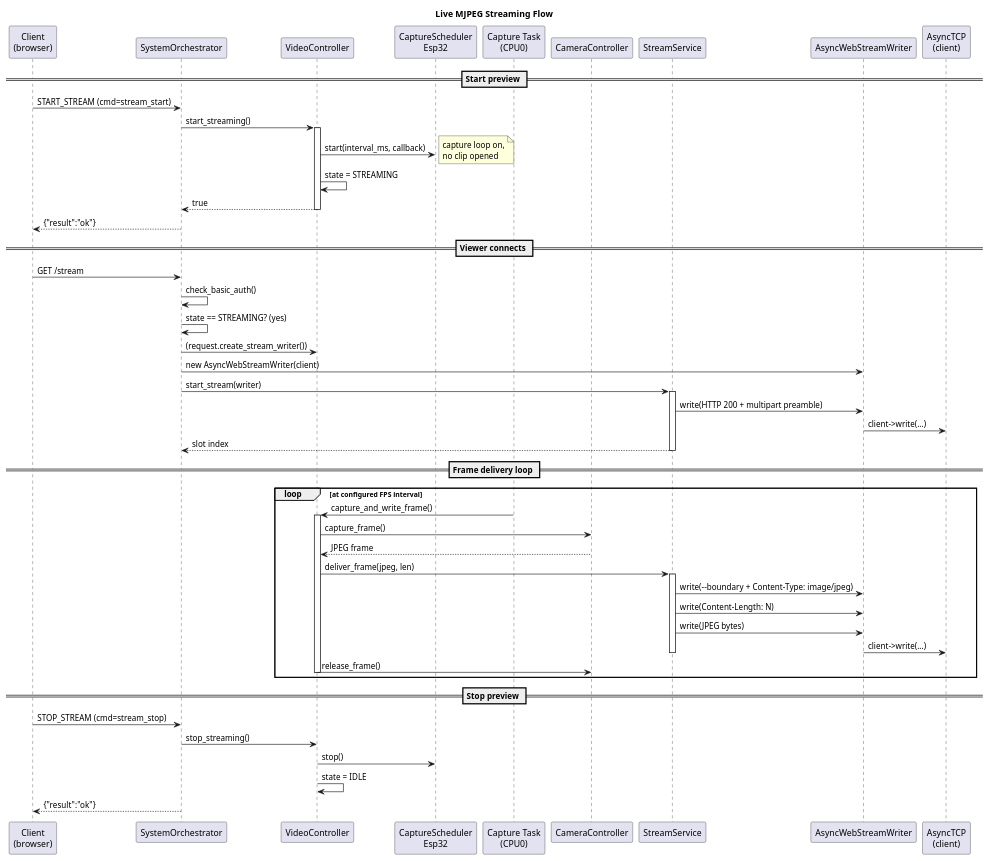
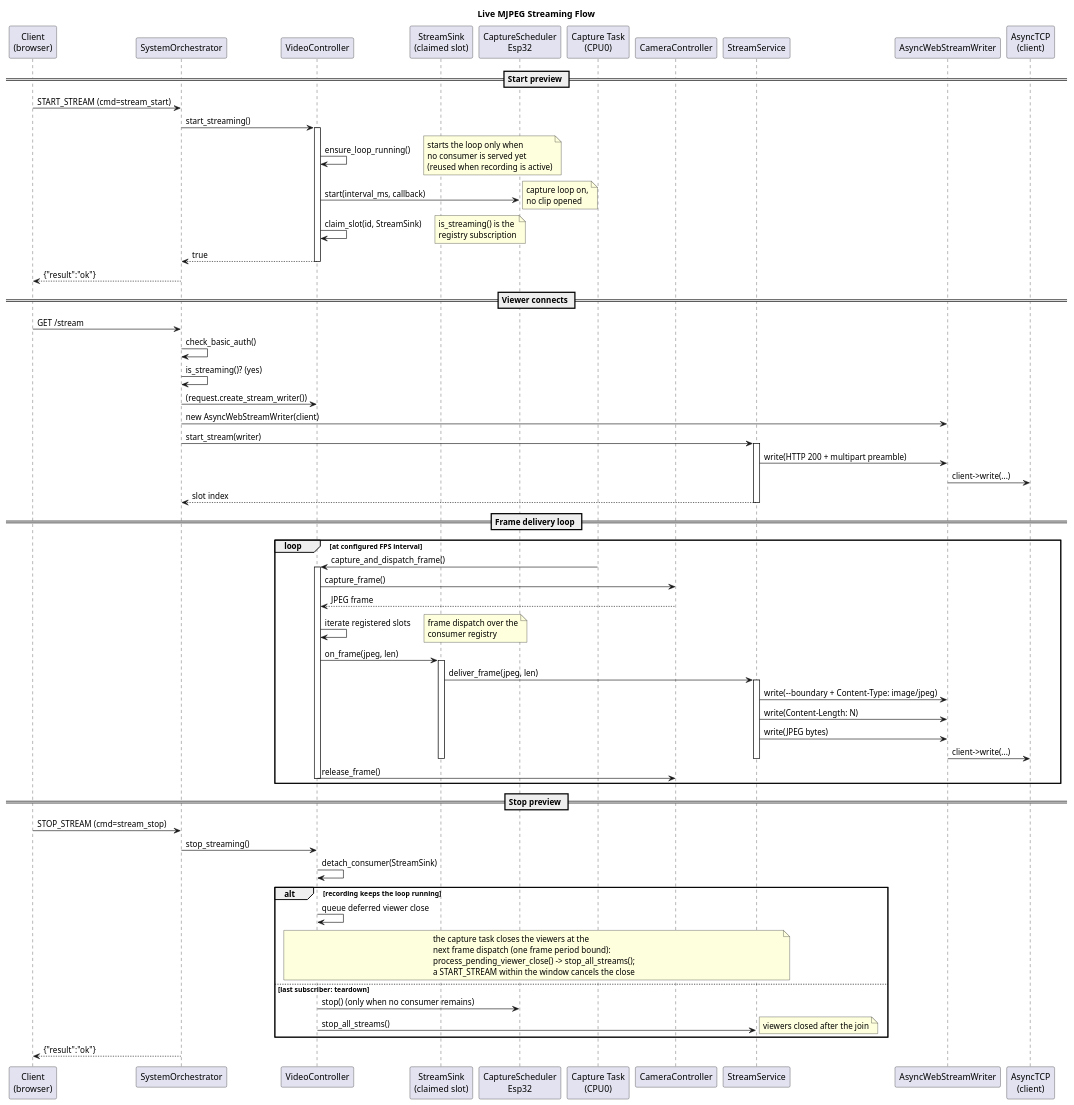
The seventh of 8 diagrams in docs/SYSTEM_DESIGN.md (timwalsh41/micro-security-cam), drawn with PlantUML before and after one commit. The commit also changed other lines of this file and 14 other files, not shown here.

First line of the commit message:
feat(video): independent RECORDING/STREAMING states in video controller (#2)

```diff
--- a/docs/SYSTEM_DESIGN.md
+++ b/docs/SYSTEM_DESIGN.md
@@ -1656,6 +1734,7 @@
 participant "Client\n(browser)" as CLIENT
 participant "SystemOrchestrator" as ORCH
 participant "VideoController" as VC
+participant "StreamSink\n(claimed slot)" as ST
 participant "CaptureScheduler\nEsp32" as CS
 participant "Capture Task\n(CPU0)" as TASK
 participant "CameraController" as CAM
@@ -1668,9 +1747,12 @@
 CLIENT -> ORCH : START_STREAM (cmd=stream_start)
 ORCH -> VC : start_streaming()
 activate VC
+VC -> VC : ensure_loop_running()
+note right: starts the loop only when\nno consumer is served yet\n(reused when recording is active)
 VC -> CS : start(interval_ms, callback)
 note right: capture loop on,\nno clip opened
-VC -> VC : state = STREAMING
+VC -> VC : claim_slot(id, StreamSink)
+note right: is_streaming() is the\nregistry subscription
 VC --> ORCH : true
 deactivate VC
 ORCH --> CLIENT : {"result":"ok"}
@@ -1679,7 +1761,7 @@
 
 CLIENT -> ORCH : GET /stream
 ORCH -> ORCH : check_basic_auth()
-ORCH -> ORCH : state == STREAMING? (yes)
+ORCH -> ORCH : is_streaming()? (yes)
 ORCH -> VC : (request.create_stream_writer())
 ORCH -> WRITER : new AsyncWebStreamWriter(client)
 ORCH -> SS : start_stream(writer)
@@ -1693,17 +1775,22 @@
 
 loop at configured FPS interval
 
-TASK -> VC : capture_and_write_frame()
+TASK -> VC : capture_and_dispatch_frame()
 activate VC
 VC -> CAM : capture_frame()
 CAM --> VC : JPEG frame
-VC -> SS : deliver_frame(jpeg, len)
+VC -> VC : iterate registered slots
+note right: frame dispatch over the\nconsumer registry
+VC -> ST : on_frame(jpeg, len)
+activate ST
+ST -> SS : deliver_frame(jpeg, len)
 activate SS
 SS -> WRITER : write(--boundary + Content-Type: image/jpeg)
 SS -> WRITER : write(Content-Length: N)
 SS -> WRITER : write(JPEG bytes)
 WRITER -> TCP : client->write(...)
 deactivate SS
+deactivate ST
 VC -> CAM : release_frame()
 deactivate VC
 
@@ -1713,8 +1800,20 @@
 
 CLIENT -> ORCH : STOP_STREAM (cmd=stream_stop)
 ORCH -> VC : stop_streaming()
-VC -> CS : stop()
-VC -> VC : state = IDLE
+VC -> VC : detach_consumer(StreamSink)
+alt recording keeps the loop running
+    VC -> VC : queue deferred viewer close
+    note over VC,SS
+      the capture task closes the viewers at the
+      next frame dispatch (one frame period bound):
+      process_pending_viewer_close() -> stop_all_streams();
+      a START_STREAM within the window cancels the close
+    end note
+else last subscriber: teardown
+    VC -> CS : stop() (only when no consumer remains)
+    VC -> SS : stop_all_streams()
+    note right: viewers closed after the join
+end
 ORCH --> CLIENT : {"result":"ok"}
 
 @enduml
```
